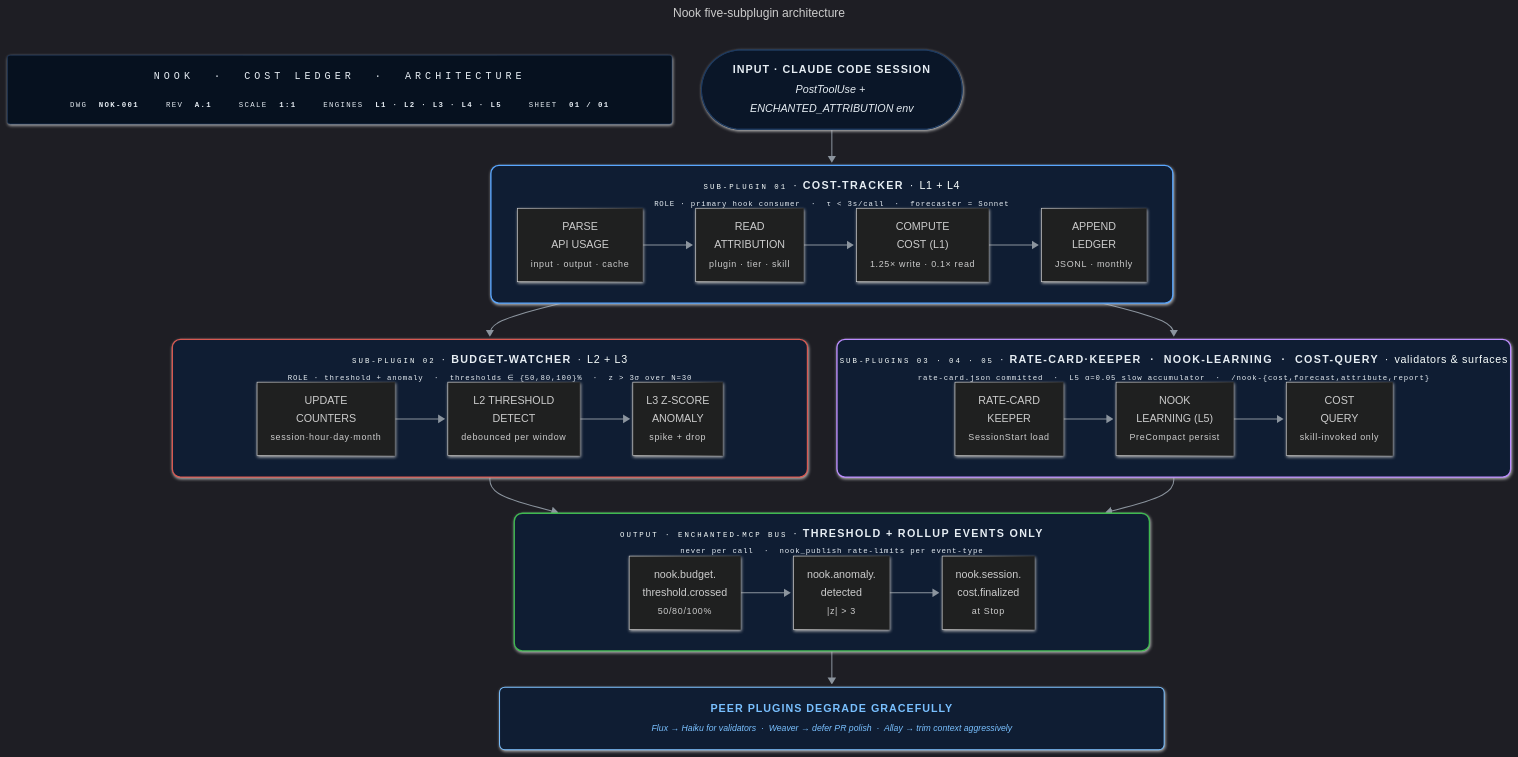
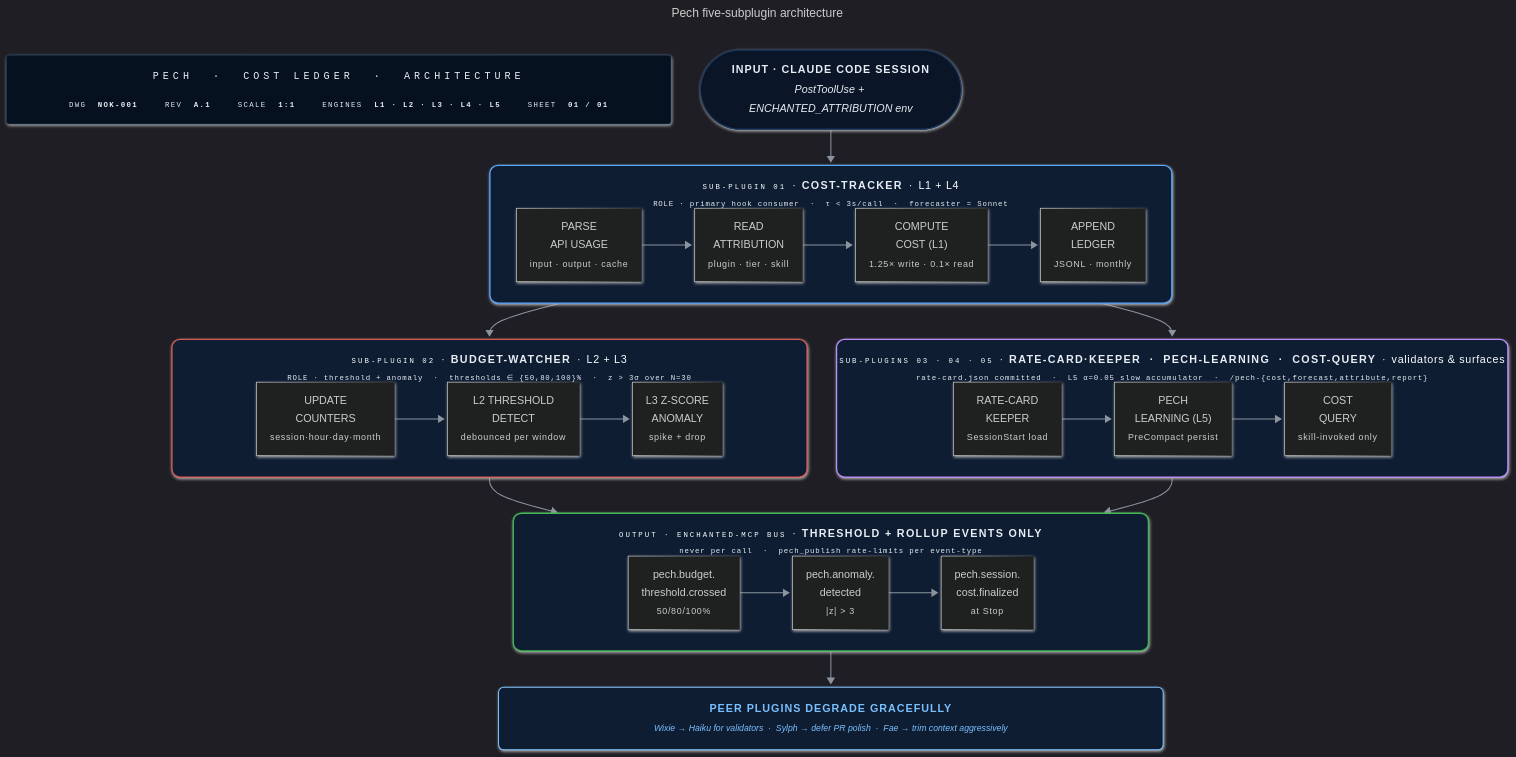
One commit to enchanted-plugins/pech changed the diagram in docs/assets/pipeline.mmd. Above: the diagram before and after it, drawn with Mermaid. The commit also changed 71 other files, not shown here.

First line of the commit message:
rename: Nook → Pech, standardize origin format

```diff
--- a/docs/assets/pipeline.mmd
+++ b/docs/assets/pipeline.mmd
@@ -1,63 +1,63 @@
 ---
-title: Nook five-subplugin architecture
+title: Pech five-subplugin architecture
 config:
   look: neo
   theme: dark
   flowchart:
     curve: basis
     padding: 18
     nodeSpacing: 44
     rankSpacing: 54
     htmlLabels: true
     subGraphTitleMargin:
       top: 14
       bottom: 18
 ---
 flowchart TB
-    TitleBlock["<div style='font-family:ui-monospace,SFMono-Regular,Consolas,monospace;text-align:center;min-width:940px;padding:6px 10px;line-height:1.8'><div style='color:#58a6ff;font-size:15px;letter-spacing:6px;border-bottom:1px solid #1e3a5f;padding-bottom:10px;margin-bottom:10px'>NOOK &nbsp;·&nbsp; COST&nbsp;LEDGER &nbsp;·&nbsp; ARCHITECTURE</div><div style='display:flex;gap:40px;justify-content:center;font-size:11px;color:#8b949e;letter-spacing:2px'><span>DWG&nbsp;&nbsp;<b style='color:#e6edf3'>NOK-001</b></span><span>REV&nbsp;&nbsp;<b style='color:#e6edf3'>A.1</b></span><span>SCALE&nbsp;&nbsp;<b style='color:#e6edf3'>1:1</b></span><span>ENGINES&nbsp;&nbsp;<b style='color:#e6edf3'>L1&nbsp;·&nbsp;L2&nbsp;·&nbsp;L3&nbsp;·&nbsp;L4&nbsp;·&nbsp;L5</b></span><span>SHEET&nbsp;&nbsp;<b style='color:#e6edf3'>01&nbsp;/&nbsp;01</b></span></div></div>"]
+    TitleBlock["<div style='font-family:ui-monospace,SFMono-Regular,Consolas,monospace;text-align:center;min-width:940px;padding:6px 10px;line-height:1.8'><div style='color:#58a6ff;font-size:15px;letter-spacing:6px;border-bottom:1px solid #1e3a5f;padding-bottom:10px;margin-bottom:10px'>PECH &nbsp;·&nbsp; COST&nbsp;LEDGER &nbsp;·&nbsp; ARCHITECTURE</div><div style='display:flex;gap:40px;justify-content:center;font-size:11px;color:#8b949e;letter-spacing:2px'><span>DWG&nbsp;&nbsp;<b style='color:#e6edf3'>NOK-001</b></span><span>REV&nbsp;&nbsp;<b style='color:#e6edf3'>A.1</b></span><span>SCALE&nbsp;&nbsp;<b style='color:#e6edf3'>1:1</b></span><span>ENGINES&nbsp;&nbsp;<b style='color:#e6edf3'>L1&nbsp;·&nbsp;L2&nbsp;·&nbsp;L3&nbsp;·&nbsp;L4&nbsp;·&nbsp;L5</b></span><span>SHEET&nbsp;&nbsp;<b style='color:#e6edf3'>01&nbsp;/&nbsp;01</b></span></div></div>"]
 
     Session(["<div style='text-align:center;line-height:1.8;padding:4px 12px'><b style='letter-spacing:1.5px'>INPUT&nbsp;·&nbsp;CLAUDE&nbsp;CODE&nbsp;SESSION</b><br/><em style='color:#8b949e;font-size:13px;font-weight:400'>PostToolUse + ENCHANTED_ATTRIBUTION env</em></div>"])
 
     subgraph Observe["<div style='text-align:center;min-width:940px;line-height:2'><div><span style='font-family:ui-monospace,monospace;color:#8b949e;font-size:11px;letter-spacing:3px'>SUB-PLUGIN&nbsp;01</span>&nbsp;&nbsp;·&nbsp;&nbsp;<b style='letter-spacing:2px'>COST-TRACKER</b>&nbsp;&nbsp;·&nbsp;&nbsp;<span style='color:#58a6ff;letter-spacing:1px'>L1&nbsp;+&nbsp;L4</span></div><div style='color:#6e7681;font-size:11px;font-family:ui-monospace,monospace;letter-spacing:1.2px'>ROLE&nbsp;·&nbsp;primary&nbsp;hook&nbsp;consumer&nbsp;&nbsp;·&nbsp;&nbsp;τ&nbsp;&lt;&nbsp;3s/call&nbsp;&nbsp;·&nbsp;&nbsp;forecaster&nbsp;=&nbsp;Sonnet</div></div>"]
         direction LR
         parse["<div style='text-align:center;line-height:1.7;padding:2px 4px'>PARSE<br/>API&nbsp;USAGE<br/><small style='color:#6e7681;letter-spacing:1px'>input&nbsp;·&nbsp;output&nbsp;·&nbsp;cache</small></div>"] --> attr["<div style='text-align:center;line-height:1.7;padding:2px 4px'>READ<br/>ATTRIBUTION<br/><small style='color:#6e7681;letter-spacing:1px'>plugin&nbsp;·&nbsp;tier&nbsp;·&nbsp;skill</small></div>"] --> cost["<div style='text-align:center;line-height:1.7;padding:2px 4px'>COMPUTE<br/>COST&nbsp;(L1)<br/><small style='color:#6e7681;letter-spacing:1px'>1.25×&nbsp;write&nbsp;·&nbsp;0.1×&nbsp;read</small></div>"] --> ledger["<div style='text-align:center;line-height:1.7;padding:2px 4px'>APPEND<br/>LEDGER<br/><small style='color:#6e7681;letter-spacing:1px'>JSONL&nbsp;·&nbsp;monthly</small></div>"]
     end
 
     subgraph Guard["<div style='text-align:center;min-width:940px;line-height:2'><div><span style='font-family:ui-monospace,monospace;color:#8b949e;font-size:11px;letter-spacing:3px'>SUB-PLUGIN&nbsp;02</span>&nbsp;&nbsp;·&nbsp;&nbsp;<b style='letter-spacing:2px'>BUDGET-WATCHER</b>&nbsp;&nbsp;·&nbsp;&nbsp;<span style='color:#3fb950;letter-spacing:1px'>L2&nbsp;+&nbsp;L3</span></div><div style='color:#6e7681;font-size:11px;font-family:ui-monospace,monospace;letter-spacing:1.2px'>ROLE&nbsp;·&nbsp;threshold&nbsp;+&nbsp;anomaly&nbsp;&nbsp;·&nbsp;&nbsp;thresholds&nbsp;∈&nbsp;{50,80,100}%&nbsp;&nbsp;·&nbsp;&nbsp;z&nbsp;&gt;&nbsp;3σ&nbsp;over&nbsp;N=30</div></div>"]
         direction LR
         counters["<div style='text-align:center;line-height:1.7;padding:2px 4px'>UPDATE<br/>COUNTERS<br/><small style='color:#6e7681;letter-spacing:1px'>session·hour·day·month</small></div>"] --> threshold["<div style='text-align:center;line-height:1.7;padding:2px 4px'>L2&nbsp;THRESHOLD<br/>DETECT<br/><small style='color:#6e7681;letter-spacing:1px'>debounced&nbsp;per&nbsp;window</small></div>"] --> anomaly["<div style='text-align:center;line-height:1.7;padding:2px 4px'>L3&nbsp;Z-SCORE<br/>ANOMALY<br/><small style='color:#6e7681;letter-spacing:1px'>spike&nbsp;+&nbsp;drop</small></div>"]
     end
 
-    subgraph Support["<div style='text-align:center;min-width:940px;line-height:2'><div><span style='font-family:ui-monospace,monospace;color:#8b949e;font-size:11px;letter-spacing:3px'>SUB-PLUGINS&nbsp;03&nbsp;·&nbsp;04&nbsp;·&nbsp;05</span>&nbsp;&nbsp;·&nbsp;&nbsp;<b style='letter-spacing:2px'>RATE-CARD·KEEPER&nbsp;&nbsp;·&nbsp;&nbsp;NOOK-LEARNING&nbsp;&nbsp;·&nbsp;&nbsp;COST-QUERY</b>&nbsp;&nbsp;·&nbsp;&nbsp;<span style='color:#bc8cff;letter-spacing:1px'>validators&nbsp;&amp;&nbsp;surfaces</span></div><div style='color:#6e7681;font-size:11px;font-family:ui-monospace,monospace;letter-spacing:1.2px'>rate-card.json&nbsp;committed&nbsp;&nbsp;·&nbsp;&nbsp;L5&nbsp;α=0.05&nbsp;slow&nbsp;accumulator&nbsp;&nbsp;·&nbsp;&nbsp;/nook-{cost,forecast,attribute,report}</div></div>"]
+    subgraph Support["<div style='text-align:center;min-width:940px;line-height:2'><div><span style='font-family:ui-monospace,monospace;color:#8b949e;font-size:11px;letter-spacing:3px'>SUB-PLUGINS&nbsp;03&nbsp;·&nbsp;04&nbsp;·&nbsp;05</span>&nbsp;&nbsp;·&nbsp;&nbsp;<b style='letter-spacing:2px'>RATE-CARD·KEEPER&nbsp;&nbsp;·&nbsp;&nbsp;PECH-LEARNING&nbsp;&nbsp;·&nbsp;&nbsp;COST-QUERY</b>&nbsp;&nbsp;·&nbsp;&nbsp;<span style='color:#bc8cff;letter-spacing:1px'>validators&nbsp;&amp;&nbsp;surfaces</span></div><div style='color:#6e7681;font-size:11px;font-family:ui-monospace,monospace;letter-spacing:1.2px'>rate-card.json&nbsp;committed&nbsp;&nbsp;·&nbsp;&nbsp;L5&nbsp;α=0.05&nbsp;slow&nbsp;accumulator&nbsp;&nbsp;·&nbsp;&nbsp;/pech-{cost,forecast,attribute,report}</div></div>"]
         direction LR
-        ratecard["<div style='text-align:center;line-height:1.7;padding:2px 4px'>RATE-CARD<br/>KEEPER<br/><small style='color:#6e7681;letter-spacing:1px'>SessionStart&nbsp;load</small></div>"] --> learn["<div style='text-align:center;line-height:1.7;padding:2px 4px'>NOOK<br/>LEARNING&nbsp;(L5)<br/><small style='color:#6e7681;letter-spacing:1px'>PreCompact&nbsp;persist</small></div>"] --> query["<div style='text-align:center;line-height:1.7;padding:2px 4px'>COST<br/>QUERY<br/><small style='color:#6e7681;letter-spacing:1px'>skill-invoked&nbsp;only</small></div>"]
+        ratecard["<div style='text-align:center;line-height:1.7;padding:2px 4px'>RATE-CARD<br/>KEEPER<br/><small style='color:#6e7681;letter-spacing:1px'>SessionStart&nbsp;load</small></div>"] --> learn["<div style='text-align:center;line-height:1.7;padding:2px 4px'>PECH<br/>LEARNING&nbsp;(L5)<br/><small style='color:#6e7681;letter-spacing:1px'>PreCompact&nbsp;persist</small></div>"] --> query["<div style='text-align:center;line-height:1.7;padding:2px 4px'>COST<br/>QUERY<br/><small style='color:#6e7681;letter-spacing:1px'>skill-invoked&nbsp;only</small></div>"]
     end
 
-    subgraph Bus["<div style='text-align:center;min-width:940px;line-height:2'><div><span style='font-family:ui-monospace,monospace;color:#8b949e;font-size:11px;letter-spacing:3px'>OUTPUT&nbsp;·&nbsp;ENCHANTED-MCP&nbsp;BUS</span>&nbsp;&nbsp;·&nbsp;&nbsp;<b style='letter-spacing:2px'>THRESHOLD&nbsp;+&nbsp;ROLLUP&nbsp;EVENTS&nbsp;ONLY</b></div><div style='color:#6e7681;font-size:11px;font-family:ui-monospace,monospace;letter-spacing:1.2px'>never&nbsp;per&nbsp;call&nbsp;&nbsp;·&nbsp;&nbsp;nook_publish&nbsp;rate-limits&nbsp;per&nbsp;event-type</div></div>"]
+    subgraph Bus["<div style='text-align:center;min-width:940px;line-height:2'><div><span style='font-family:ui-monospace,monospace;color:#8b949e;font-size:11px;letter-spacing:3px'>OUTPUT&nbsp;·&nbsp;ENCHANTED-MCP&nbsp;BUS</span>&nbsp;&nbsp;·&nbsp;&nbsp;<b style='letter-spacing:2px'>THRESHOLD&nbsp;+&nbsp;ROLLUP&nbsp;EVENTS&nbsp;ONLY</b></div><div style='color:#6e7681;font-size:11px;font-family:ui-monospace,monospace;letter-spacing:1.2px'>never&nbsp;per&nbsp;call&nbsp;&nbsp;·&nbsp;&nbsp;pech_publish&nbsp;rate-limits&nbsp;per&nbsp;event-type</div></div>"]
         direction LR
-        evt1["<div style='text-align:center;line-height:1.7;padding:2px 4px'>nook.budget.<br/>threshold.crossed<br/><small style='color:#6e7681;letter-spacing:1px'>50/80/100%</small></div>"] --> evt2["<div style='text-align:center;line-height:1.7;padding:2px 4px'>nook.anomaly.<br/>detected<br/><small style='color:#6e7681;letter-spacing:1px'>|z|&nbsp;&gt;&nbsp;3</small></div>"] --> evt3["<div style='text-align:center;line-height:1.7;padding:2px 4px'>nook.session.<br/>cost.finalized<br/><small style='color:#6e7681;letter-spacing:1px'>at&nbsp;Stop</small></div>"]
+        evt1["<div style='text-align:center;line-height:1.7;padding:2px 4px'>pech.budget.<br/>threshold.crossed<br/><small style='color:#6e7681;letter-spacing:1px'>50/80/100%</small></div>"] --> evt2["<div style='text-align:center;line-height:1.7;padding:2px 4px'>pech.anomaly.<br/>detected<br/><small style='color:#6e7681;letter-spacing:1px'>|z|&nbsp;&gt;&nbsp;3</small></div>"] --> evt3["<div style='text-align:center;line-height:1.7;padding:2px 4px'>pech.session.<br/>cost.finalized<br/><small style='color:#6e7681;letter-spacing:1px'>at&nbsp;Stop</small></div>"]
     end
 
-    Peers["<div style='text-align:center;min-width:940px;line-height:1.8;padding:6px 10px'><b style='letter-spacing:1.5px;color:#79c0ff'>PEER&nbsp;PLUGINS&nbsp;DEGRADE&nbsp;GRACEFULLY</b><br/><em style='color:#8b949e;font-size:13px;font-weight:400'>Flux → Haiku for validators &nbsp;·&nbsp; Weaver → defer PR polish &nbsp;·&nbsp; Allay → trim context aggressively</em></div>"]
+    Peers["<div style='text-align:center;min-width:940px;line-height:1.8;padding:6px 10px'><b style='letter-spacing:1.5px;color:#79c0ff'>PEER&nbsp;PLUGINS&nbsp;DEGRADE&nbsp;GRACEFULLY</b><br/><em style='color:#8b949e;font-size:13px;font-weight:400'>Wixie → Haiku for validators &nbsp;·&nbsp; Sylph → defer PR polish &nbsp;·&nbsp; Fae → trim context aggressively</em></div>"]
 
     Session --> Observe
     Observe --> Guard
     Observe --> Support
     Guard --> Bus
     Support --> Bus
     Bus --> Peers
 
     classDef titleBlock fill:#06111f,stroke:#1e3a5f,stroke-width:1px,color:#e6edf3,rx:4,ry:4
     classDef session fill:#0a1628,stroke:#1e3a5f,stroke-width:1.5px,color:#e6edf3,rx:10,ry:10
     classDef peers fill:#0f1d33,stroke:#79c0ff,stroke-width:1.5px,color:#79c0ff,rx:8,ry:8
 
     class TitleBlock titleBlock
     class Session session
     class Peers peers
 
     style Observe fill:#0f1d33,stroke:#58a6ff,stroke-width:2px,color:#e6edf3,rx:12,ry:12
     style Guard fill:#0f1d33,stroke:#d75952,stroke-width:2px,color:#e6edf3,rx:12,ry:12
     style Support fill:#0f1d33,stroke:#bc8cff,stroke-width:2px,color:#e6edf3,rx:12,ry:12
     style Bus fill:#0f1d33,stroke:#3fb950,stroke-width:2px,color:#e6edf3,rx:12,ry:12
 
     linkStyle default stroke:#8b949e,stroke-width:1.5px
```
